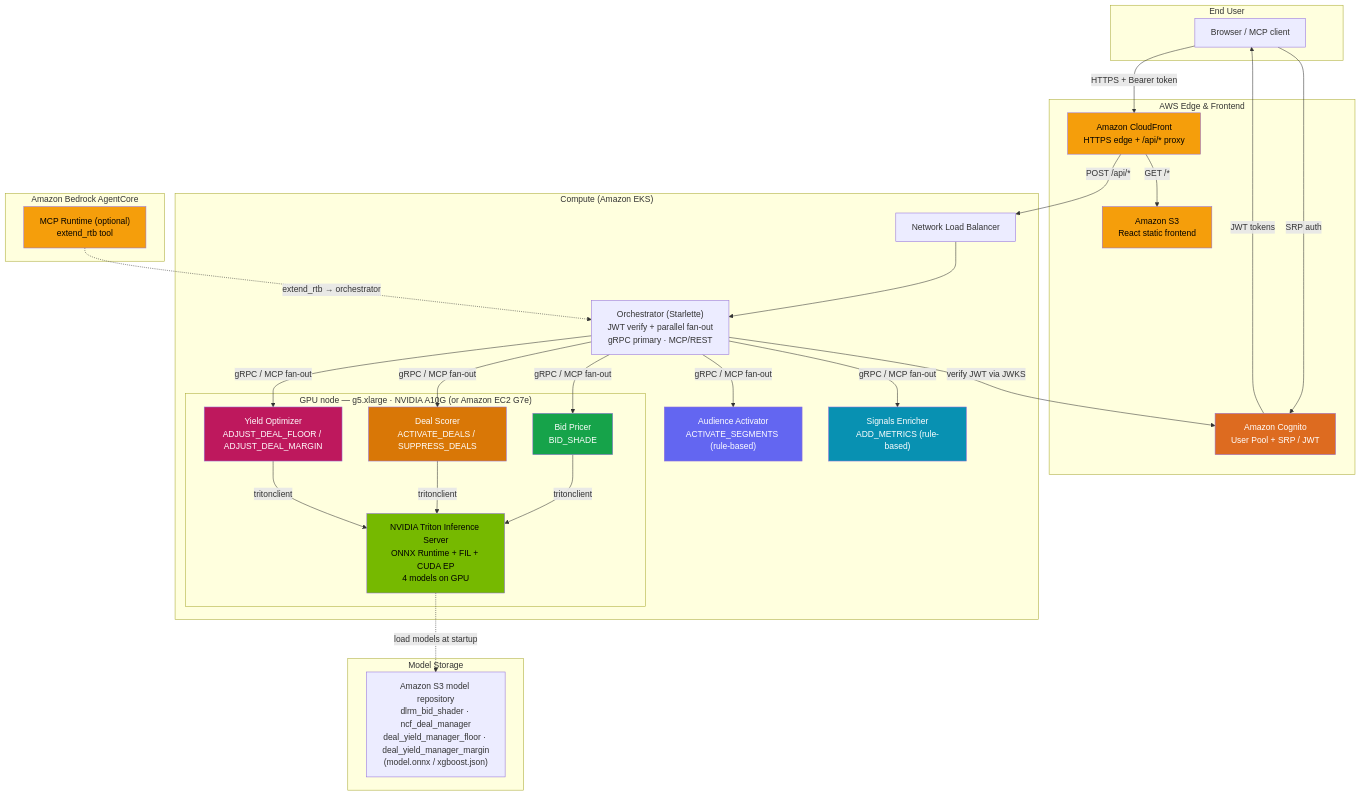
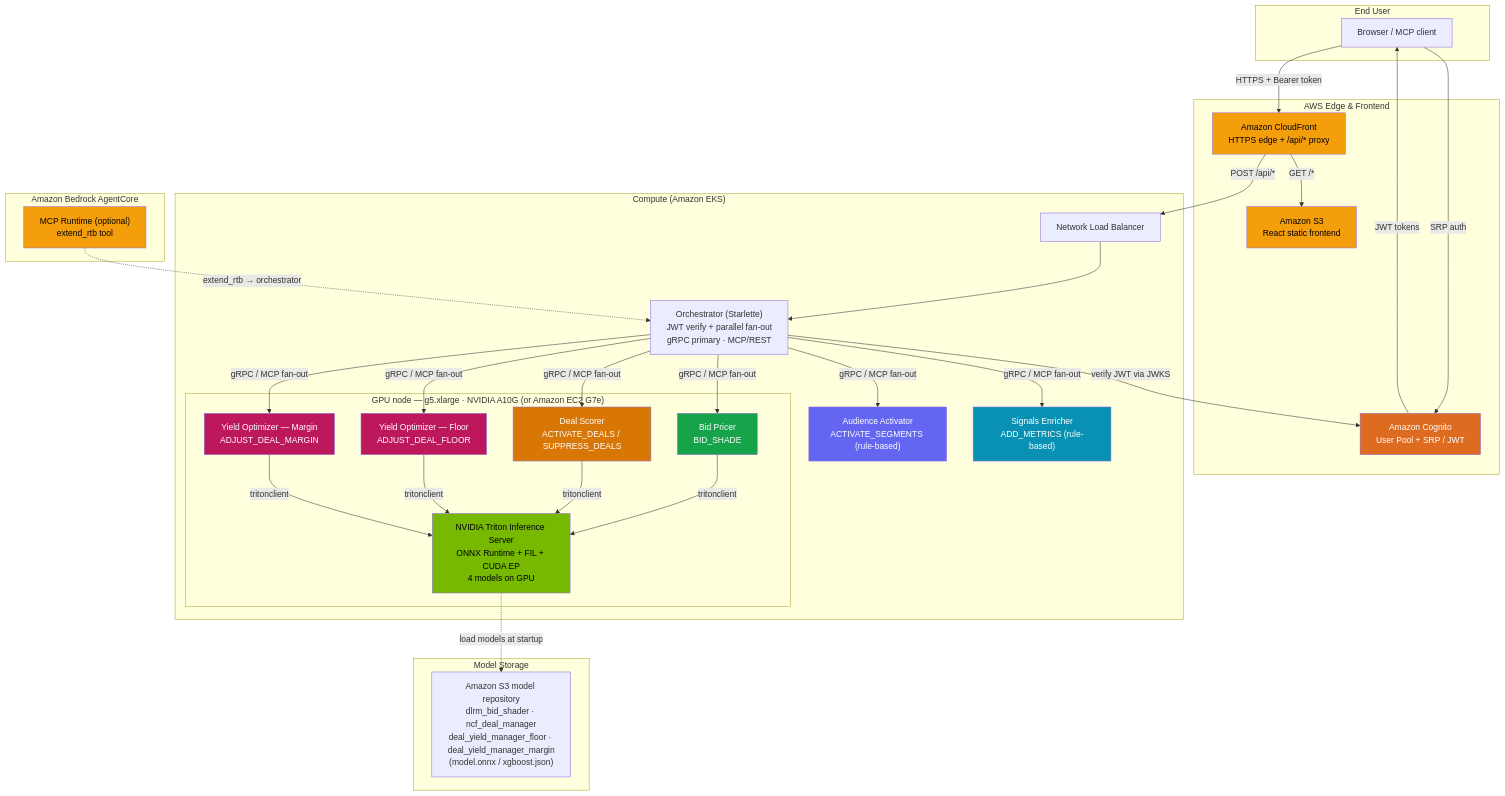
One commit to aws-solutions-library-samples/guidance-for-accelerator-optimized-agentic-bidding-on-aws changed the diagram in assets/images/architecture.md. Above: the diagram before and after it, drawn with Mermaid. The commit also changed other lines of this file and 60 other files, not shown here.

````diff
--- a/assets/images/architecture.md
+++ b/assets/images/architecture.md
@@ -64,64 +66,68 @@
 ```mermaid
 graph TB
     subgraph User["End User"]
         Browser["Browser / MCP client"]
     end
 
     subgraph Edge["AWS Edge & Frontend"]
         CF["Amazon CloudFront<br/>HTTPS edge + /api/* proxy"]
         S3F["Amazon S3<br/>React static frontend"]
         COG["Amazon Cognito<br/>User Pool + SRP / JWT"]
     end
 
     subgraph EKS["Compute (Amazon EKS)"]
         NLB["Network Load Balancer"]
         ORCH["Orchestrator (Starlette)<br/>JWT verify + parallel fan-out<br/>gRPC primary · MCP/REST"]
 
         subgraph GPU["GPU node — g5.xlarge · NVIDIA A10G (or Amazon EC2 G7e)"]
             TRITON["NVIDIA Triton Inference Server<br/>ONNX Runtime + FIL + CUDA EP<br/>4 models on GPU"]
             DLRM_C["Bid Pricer<br/>BID_SHADE"]
             NCF_C["Deal Scorer<br/>ACTIVATE_DEALS / SUPPRESS_DEALS"]
-            YIELD_C["Yield Optimizer<br/>ADJUST_DEAL_FLOOR / ADJUST_DEAL_MARGIN"]
+            YIELD_F["Yield Optimizer — Floor<br/>ADJUST_DEAL_FLOOR"]
+            YIELD_M["Yield Optimizer — Margin<br/>ADJUST_DEAL_MARGIN"]
         end
 
         WD_C["Audience Activator<br/>ACTIVATE_SEGMENTS (rule-based)"]
         MET_C["Signals Enricher<br/>ADD_METRICS (rule-based)"]
     end
 
     subgraph Models["Model Storage"]
         S3M["Amazon S3 model repository<br/>dlrm_bid_shader · ncf_deal_manager<br/>deal_yield_manager_floor · deal_yield_manager_margin<br/>(model.onnx / xgboost.json)"]
     end
 
     subgraph Bedrock["Amazon Bedrock AgentCore"]
         AC["MCP Runtime (optional)<br/>extend_rtb tool"]
     end
 
     Browser -->|"SRP auth"| COG
     COG -->|"JWT tokens"| Browser
     Browser -->|"HTTPS + Bearer token"| CF
     CF -->|"GET /*"| S3F
     CF -->|"POST /api/*"| NLB
     NLB --> ORCH
     ORCH -->|"verify JWT via JWKS"| COG
     ORCH -->|"gRPC / MCP fan-out"| DLRM_C
     ORCH -->|"gRPC / MCP fan-out"| WD_C
     ORCH -->|"gRPC / MCP fan-out"| NCF_C
     ORCH -->|"gRPC / MCP fan-out"| MET_C
-    ORCH -->|"gRPC / MCP fan-out"| YIELD_C
+    ORCH -->|"gRPC / MCP fan-out"| YIELD_F
+    ORCH -->|"gRPC / MCP fan-out"| YIELD_M
     DLRM_C -->|"tritonclient"| TRITON
     NCF_C -->|"tritonclient"| TRITON
-    YIELD_C -->|"tritonclient"| TRITON
+    YIELD_F -->|"tritonclient"| TRITON
+    YIELD_M -->|"tritonclient"| TRITON
     TRITON -.->|"load models at startup"| S3M
     AC -.->|"extend_rtb → orchestrator"| ORCH
 
     style TRITON fill:#76b900,color:#000
     style DLRM_C fill:#16a34a,color:#fff
     style WD_C fill:#6366f1,color:#fff
     style NCF_C fill:#d97706,color:#fff
     style MET_C fill:#0891b2,color:#fff
-    style YIELD_C fill:#be185d,color:#fff
+    style YIELD_F fill:#be185d,color:#fff
+    style YIELD_M fill:#be185d,color:#fff
     style CF fill:#f59e0b,color:#000
     style S3F fill:#f59e0b,color:#000
     style COG fill:#dd6b20,color:#fff
     style AC fill:#f59e0b,color:#000
 ```
````
